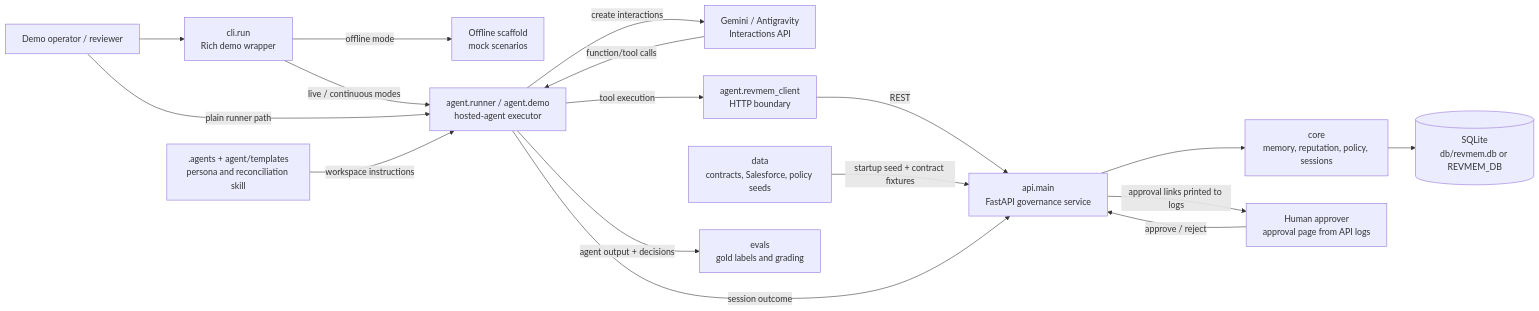
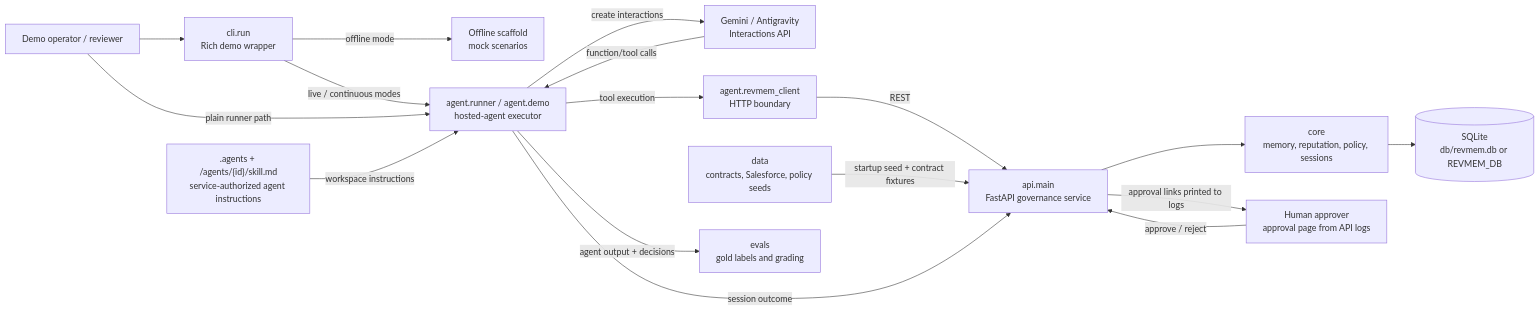
One commit to njoshi22/aie changed the diagram in README.md. Above: the diagram before and after it, drawn with Mermaid. The commit also changed other lines of this file and 14 other files, not shown here.

````diff
--- a/README.md
+++ b/README.md
@@ -198,33 +199,33 @@
 ```mermaid
 flowchart LR
     Operator["Demo operator / reviewer"]
     CLI["cli.run<br/>Rich demo wrapper"]
     Scaffold["Offline scaffold<br/>mock scenarios"]
     Runner["agent.runner / agent.demo<br/>hosted-agent executor"]
     Gemini["Gemini / Antigravity<br/>Interactions API"]
     Client["agent.revmem_client<br/>HTTP boundary"]
     API["api.main<br/>FastAPI governance service"]
     Core["core<br/>memory, reputation, policy, sessions"]
     DB[("SQLite<br/>db/revmem.db or REVMEM_DB")]
     Data["data<br/>contracts, Salesforce, policy seeds"]
-    AgentConfig[".agents + agent/templates<br/>persona and reconciliation skill"]
+    AgentConfig[".agents + /agents/{id}/skill.md<br/>service-authorized agent instructions"]
     Approver["Human approver<br/>approval page from API logs"]
     Evals["evals<br/>gold labels and grading"]
 
     Operator --> CLI
     CLI -->|"offline mode"| Scaffold
     CLI -->|"live / continuous modes"| Runner
     Operator -->|"plain runner path"| Runner
     AgentConfig -->|"workspace instructions"| Runner
     Runner -->|"create interactions"| Gemini
     Gemini -->|"function/tool calls"| Runner
     Runner -->|"tool execution"| Client
     Client -->|"REST"| API
     API --> Core
     Core --> DB
     Data -->|"startup seed + contract fixtures"| API
     API -->|"approval links printed to logs"| Approver
     Approver -->|"approve / reject"| API
     Runner -->|"agent output + decisions"| Evals
     Runner -->|"session outcome"| API
 ```
````
